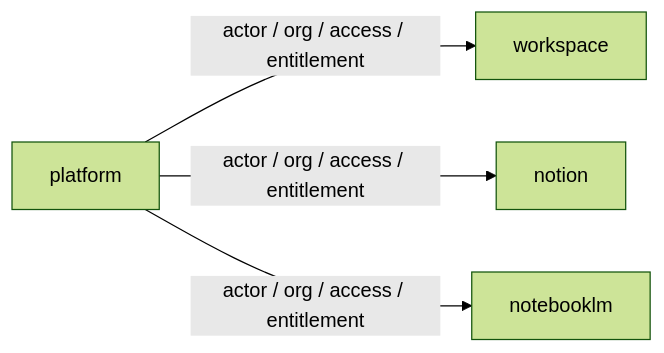
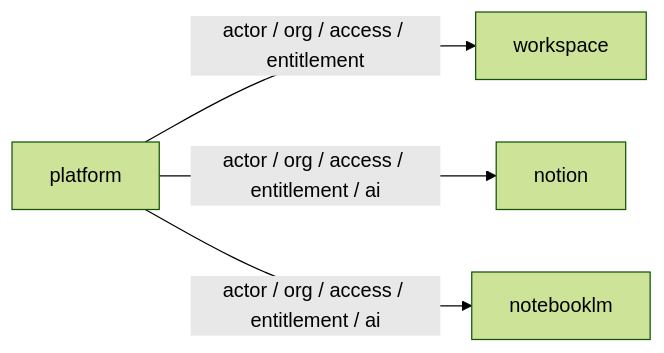
Before and after one commit to 122sp7/xuanwu-app: the second of 2 diagrams in docs/contexts/platform/context-map.md, drawn with Mermaid (forest theme). The commit also changed other lines of this file and 12 other files, not shown here.

````diff
--- a/docs/contexts/platform/context-map.md
+++ b/docs/contexts/platform/context-map.md
@@ -53,6 +54,6 @@
 ```mermaid
 flowchart LR
 	Platform["platform"] -->|actor / org / access / entitlement| Workspace["workspace"]
-	Platform -->|actor / org / access / entitlement| Notion["notion"]
-	Platform -->|actor / org / access / entitlement| NotebookLM["notebooklm"]
+	Platform -->|actor / org / access / entitlement / ai| Notion["notion"]
+	Platform -->|actor / org / access / entitlement / ai| NotebookLM["notebooklm"]
 ```
````
